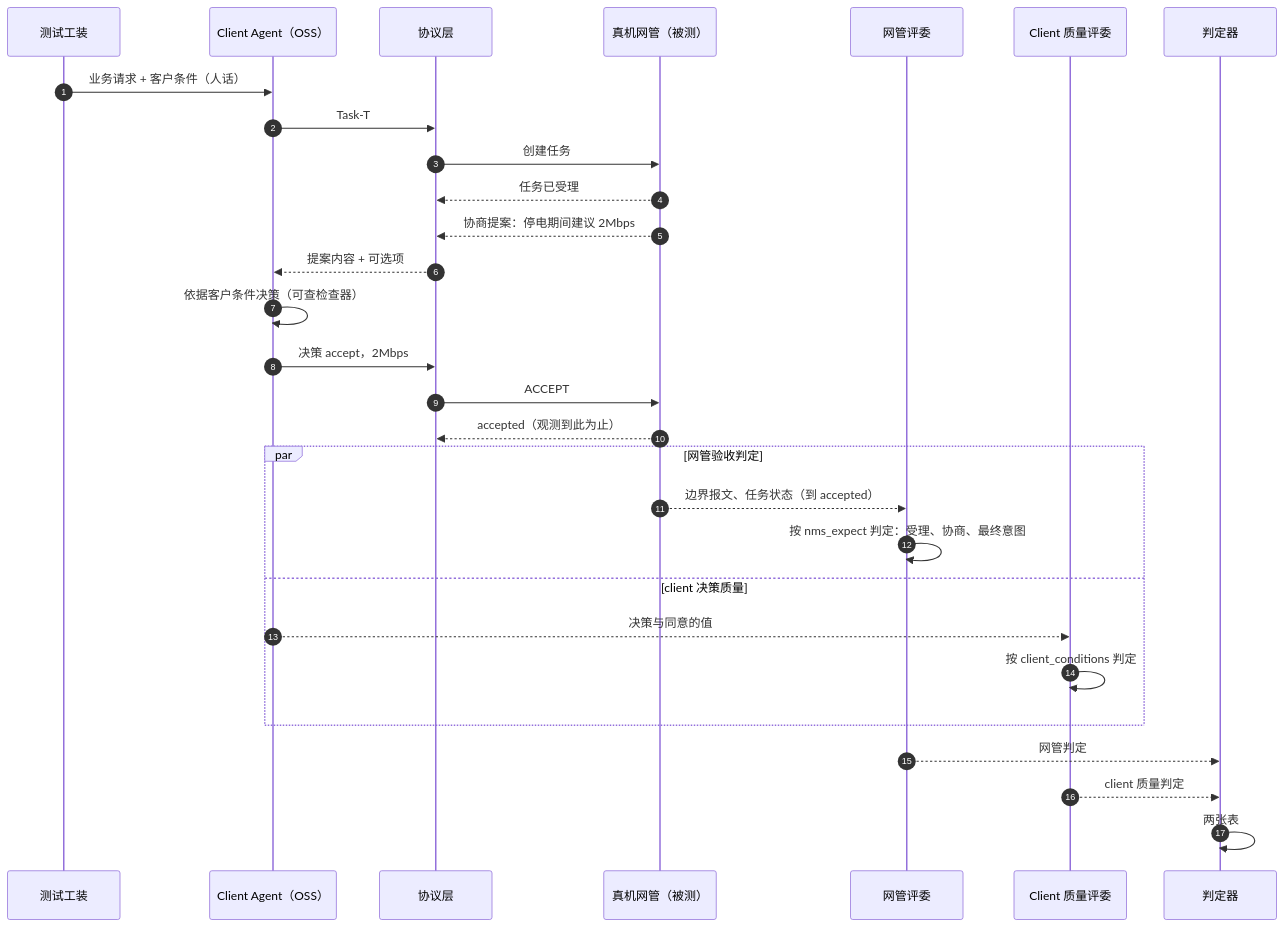
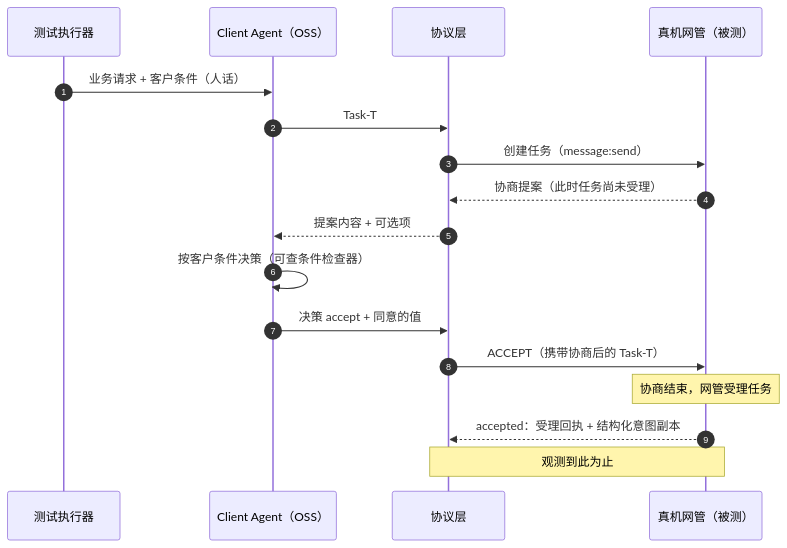
Before and after one commit to project-openan/a2a-t-sdk-python: the third of 11 diagrams in a2a-t-sample/ran-energy-saving/TESTER-ARCHITECTURE.md, drawn with Mermaid. The commit also changed other lines of this file, not shown here.

Commit message:
docs(ran-energy-saving): define accepted and split create and modify timelines

````diff
--- a/a2a-t-sample/ran-energy-saving/TESTER-ARCHITECTURE.md
+++ b/a2a-t-sample/ran-energy-saving/TESTER-ARCHITECTURE.md
@@ -76,35 +106,20 @@
 ```mermaid
 sequenceDiagram
   autonumber
-  participant T as 测试工装
+  participant T as 测试执行器
   participant O as Client Agent（OSS）
   participant P as 协议层
   participant N as 真机网管（被测）
-  participant J as 网管评委
-  participant Q as Client 质量评委
-  participant D as 判定器
 
   T->>O: 业务请求 + 客户条件（人话）
   O->>P: Task-T
-  P->>N: 创建任务
-  N-->>P: 任务已受理
-  N-->>P: 协商提案：停电期间建议 2Mbps
+  P->>N: 创建任务（message:send）
+  N-->>P: 协商提案（此时任务尚未受理）
   P-->>O: 提案内容 + 可选项
-
-  O->>O: 依据客户条件决策（可查检查器）
-  O->>P: 决策 accept，2Mbps
-  P->>N: ACCEPT
-  N-->>P: accepted（观测到此为止）
-
-  par 网管验收判定
-    N-->>J: 边界报文、任务状态（到 accepted）
-    J->>J: 按 nms_expect 判定：受理、协商、最终意图
-  and client 决策质量
-    O-->>Q: 决策与同意的值
-    Q->>Q: 按 client_conditions 判定
-  end
-
-  J-->>D: 网管判定
-  Q-->>D: client 质量判定
-  D->>D: 两张表
+  O->>O: 按客户条件决策（可查条件检查器）
+  O->>P: 决策 accept + 同意的值
+  P->>N: ACCEPT（携带协商后的 Task-T）
+  Note over N: 协商结束，网管受理任务
+  N-->>P: accepted：受理回执 + 结构化意图副本
+  Note over P,N: 观测到此为止
 ```
````
